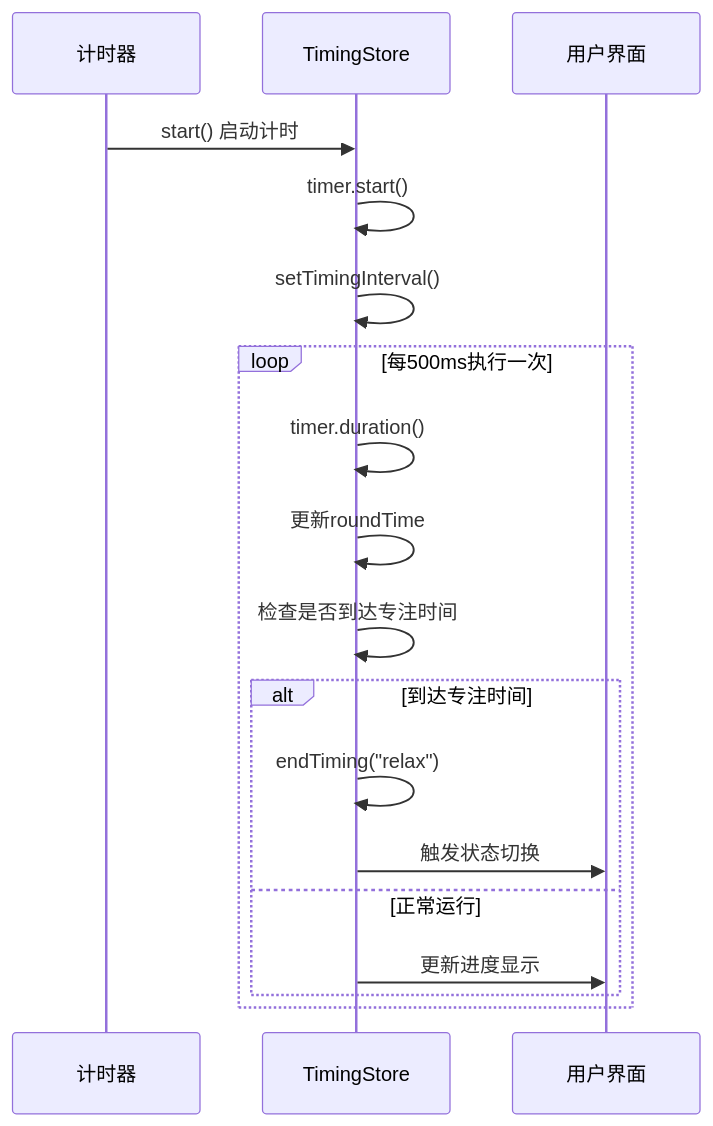
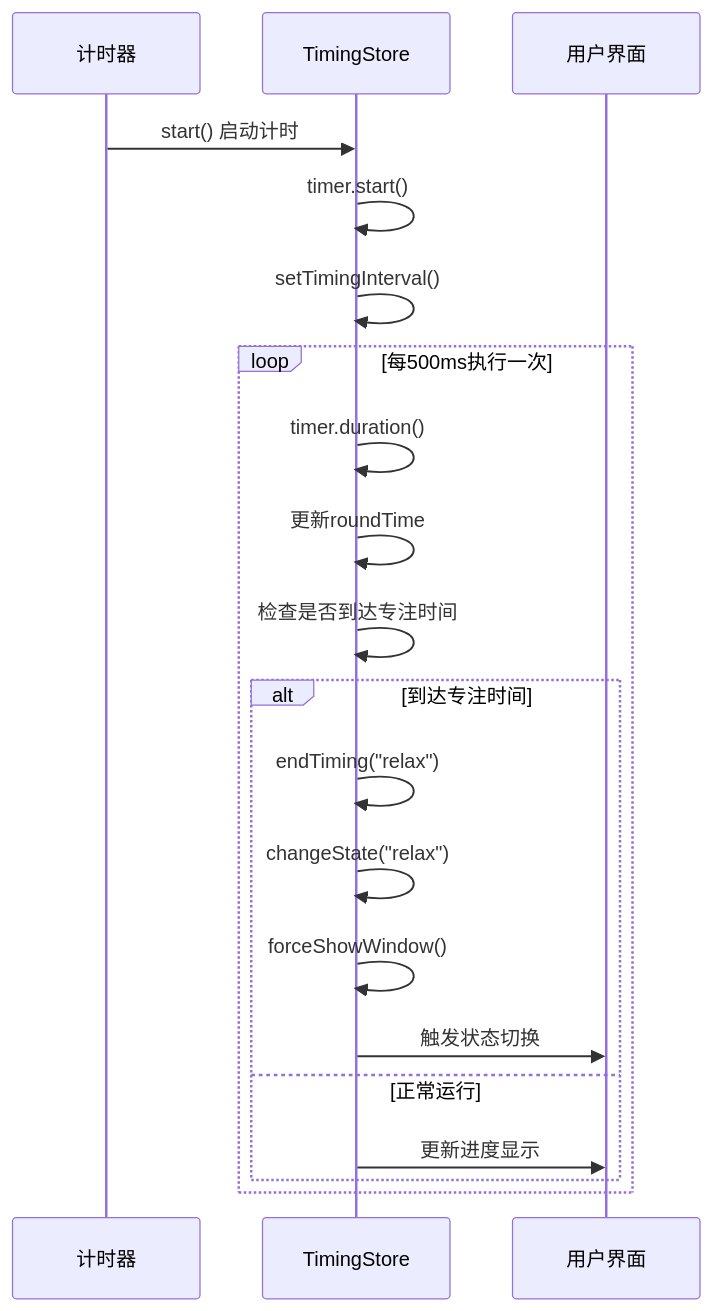
The third of 7 diagrams in .qoder/repowiki/zh/content/状态管理/计时状态管理.md (kqcoxn/utools-releax-tip), drawn with Mermaid before and after one commit. The commit also changed other lines of this file and 4 other files, not shown here.

````diff
--- a/.qoder/repowiki/zh/content/状态管理/计时状态管理.md
+++ b/.qoder/repowiki/zh/content/状态管理/计时状态管理.md
@@ -135,20 +140,22 @@
 ```mermaid
 sequenceDiagram
 participant Timer as 计时器
 participant Store as TimingStore
 participant UI as 用户界面
 Timer->>Store : start() 启动计时
 Store->>Store : timer.start()
 Store->>Store : setTimingInterval()
 loop 每500ms执行一次
 Store->>Store : timer.duration()
 Store->>Store : 更新roundTime
 Store->>Store : 检查是否到达专注时间
 alt 到达专注时间
 Store->>Store : endTiming("relax")
+Store->>Store : changeState("relax")
+Store->>Store : forceShowWindow()
 Store->>UI : 触发状态切换
 else 正常运行
 Store->>UI : 更新进度显示
 end
 end
 ```
````
